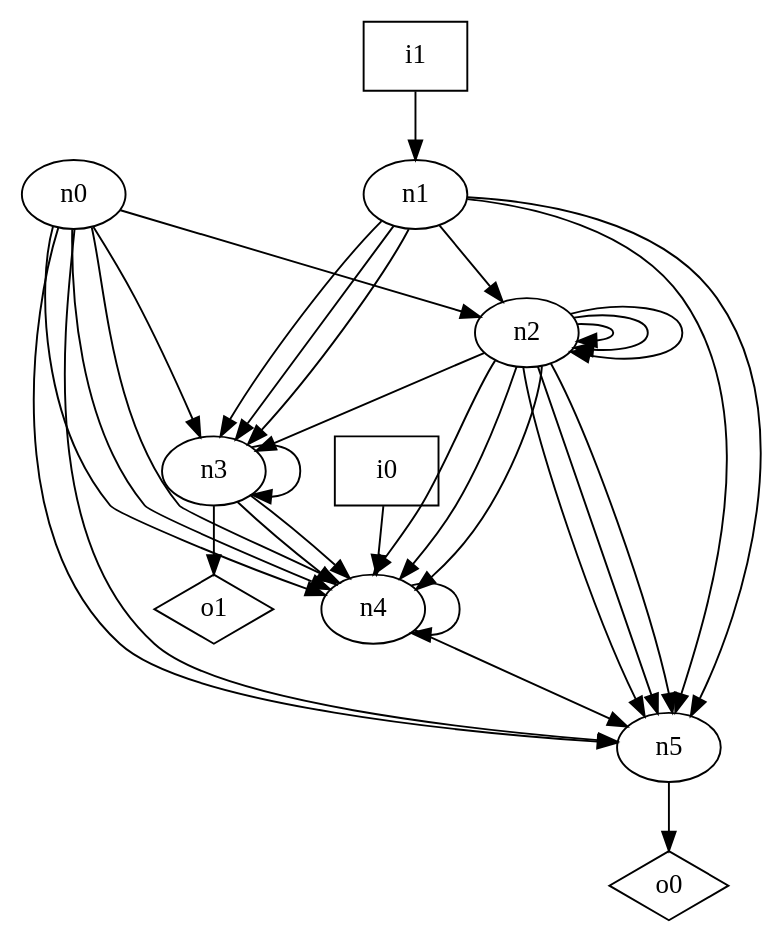
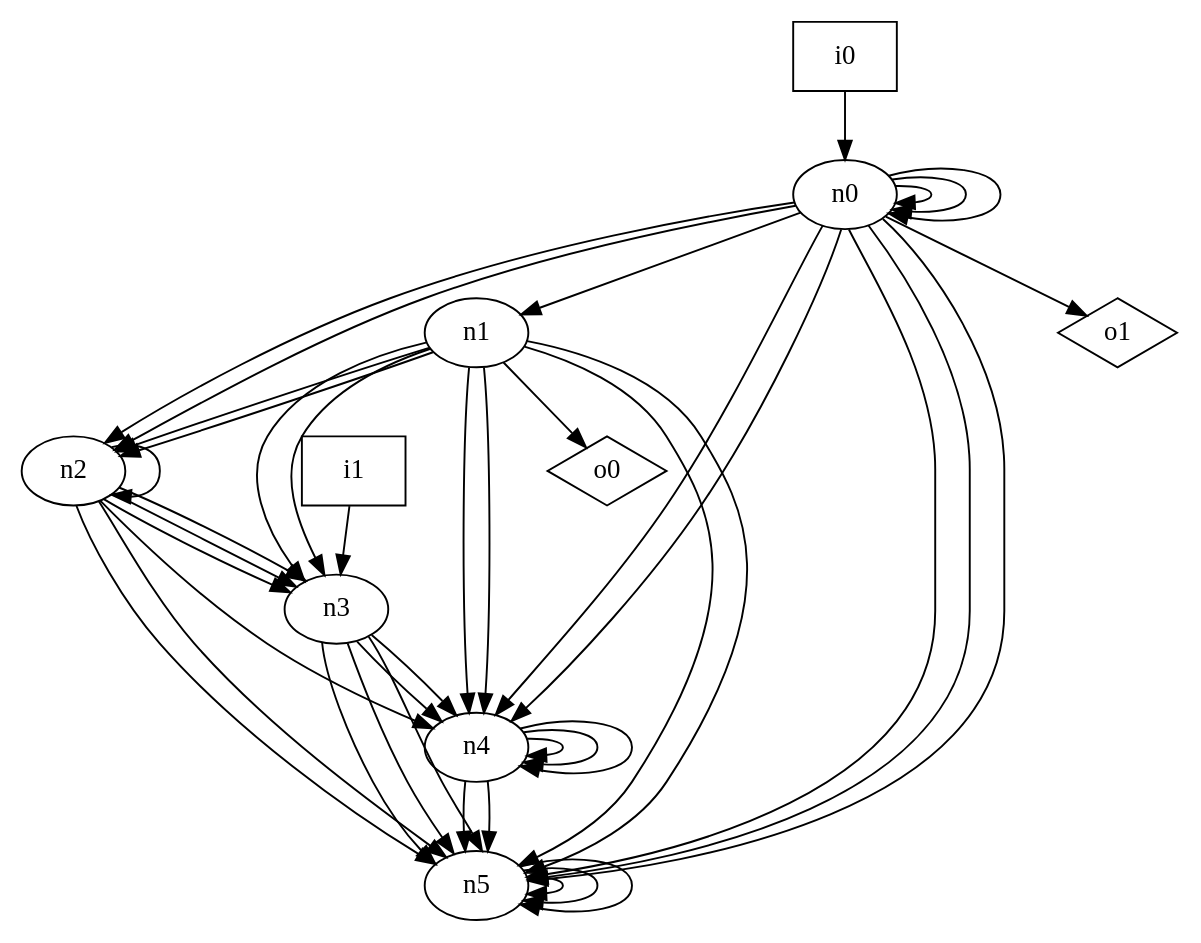
The diagram in dot_files/random/random_DAG_graph.dot (p9romain/bool-circuits), drawn with Graphviz before and after one commit. The commit also changed 29 other files, not shown here.

```diff
--- a/dot_files/random/random_DAG_graph.dot
+++ b/dot_files/random/random_DAG_graph.dot
@@ -1,44 +1,55 @@
 digraph G {
 n0 [label="n0"];
 n1 [label="n1"];
 n2 [label="n2"];
 n3 [label="n3"];
 n4 [label="n4"];
 n5 [label="n5"];
 n6 [label="i0",shape="box"];
 n7 [label="i1",shape="box"];
 n8 [label="o0",shape="diamond"];
 n9 [label="o1",shape="diamond"];
+n0 -> n0
+n0 -> n0
+n0 -> n0
+n0 -> n1
 n0 -> n2
-n0 -> n3
-n0 -> n4
+n0 -> n2
 n0 -> n4
 n0 -> n4
 n0 -> n5
 n0 -> n5
+n0 -> n5
+n0 -> n9
+n1 -> n2
 n1 -> n2
 n1 -> n3
 n1 -> n3
-n1 -> n3
+n1 -> n4
+n1 -> n4
 n1 -> n5
 n1 -> n5
-n2 -> n2
-n2 -> n2
+n1 -> n8
 n2 -> n2
 n2 -> n3
-n2 -> n4
-n2 -> n4
+n2 -> n3
+n2 -> n3
 n2 -> n4
 n2 -> n5
 n2 -> n5
-n2 -> n5
-n3 -> n3
 n3 -> n4
 n3 -> n4
-n3 -> n9
+n3 -> n5
+n3 -> n5
+n3 -> n5
+n4 -> n4
+n4 -> n4
 n4 -> n4
 n4 -> n5
-n5 -> n8
-n6 -> n4
-n7 -> n1
+n4 -> n5
+n5 -> n5
+n5 -> n5
+n5 -> n5
+n6 -> n0
+n7 -> n3
 }
```
